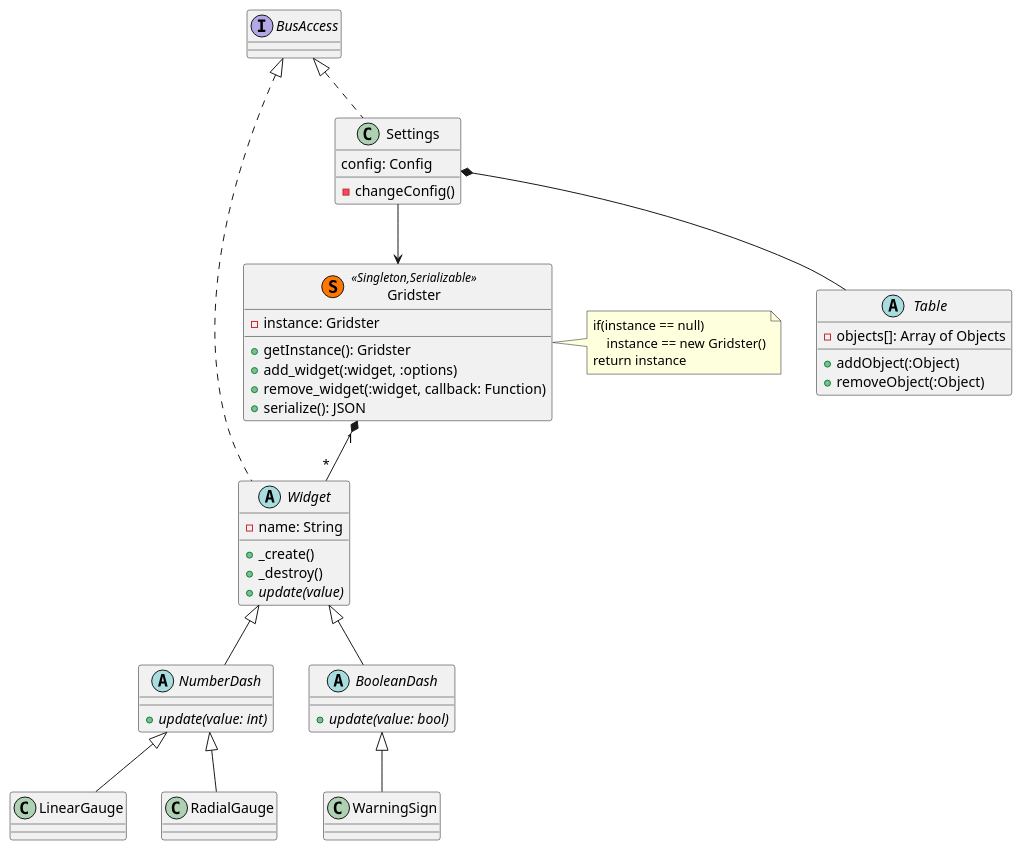
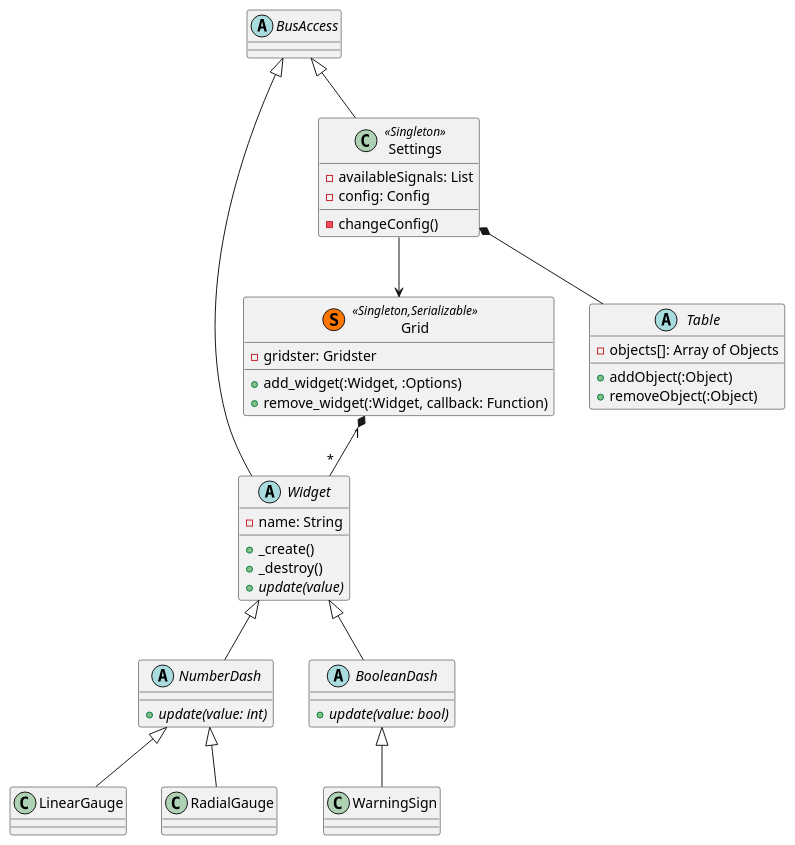
The diagram in Entwurf/diagrams/UI.pu (uzdry/PSE), drawn with PlantUML before and after one commit. The commit also changed 2 other files, not shown here.

```diff
--- a/Entwurf/diagrams/UI.pu
+++ b/Entwurf/diagrams/UI.pu
@@ -1,66 +1,60 @@
 @startuml
 
 
-Gridster "1"*--"*" Widget
+Grid "1"*--"*" Widget
 
+abstract class BusAccess
 
-abstract class Widget implements BusAccess{
+abstract class Widget extends BusAccess{
     -name: String
     +_create()
     +_destroy()
     +{abstract} update(value)
 }
 
 abstract class NumberDash extends Widget{
     +{abstract} update(value: int)
 }
 
 abstract class BooleanDash extends Widget{
     +{abstract} update(value: bool)
 }
 
 class LinearGauge extends NumberDash{
 }
 
 class RadialGauge extends NumberDash{
 }
 
 class WarningSign extends BooleanDash{
 }
 
-class Gridster << (S,#FF7700) Singleton,Serializable >> {
-    -instance: Gridster
-    +getInstance(): Gridster
-    +add_widget(:widget, :options)
-    +remove_widget(:widget, callback: Function)
-    +serialize(): JSON 
+class Grid << (S,#FF7700) Singleton,Serializable >> {
+    +add_widget(:Widget, :Options)
+    +remove_widget(:Widget, callback: Function)
+	-gridster: Gridster
 }
-
-note right of Gridster
-    if(instance == null)
-        instance == new Gridster()
-    return instance
-end note
 
 '-------------------------------------'
 
 Settings *-- Table
-Settings --> Gridster
+Settings --> Grid
 
-class Settings implements BusAccess{
-    config: Config
-    -changeConfig()
+class Settings <<Singleton>> extends BusAccess{
+	-availableSignals: List
+	-config: Config
+	-changeConfig()
 }
 
 abstract class Table {
     -objects[]: Array of Objects
     +addObject(:Object)
     +removeObject(:Object)
 }
 
 
 '-------------------------------------'
 
 
 
 @enduml
```
